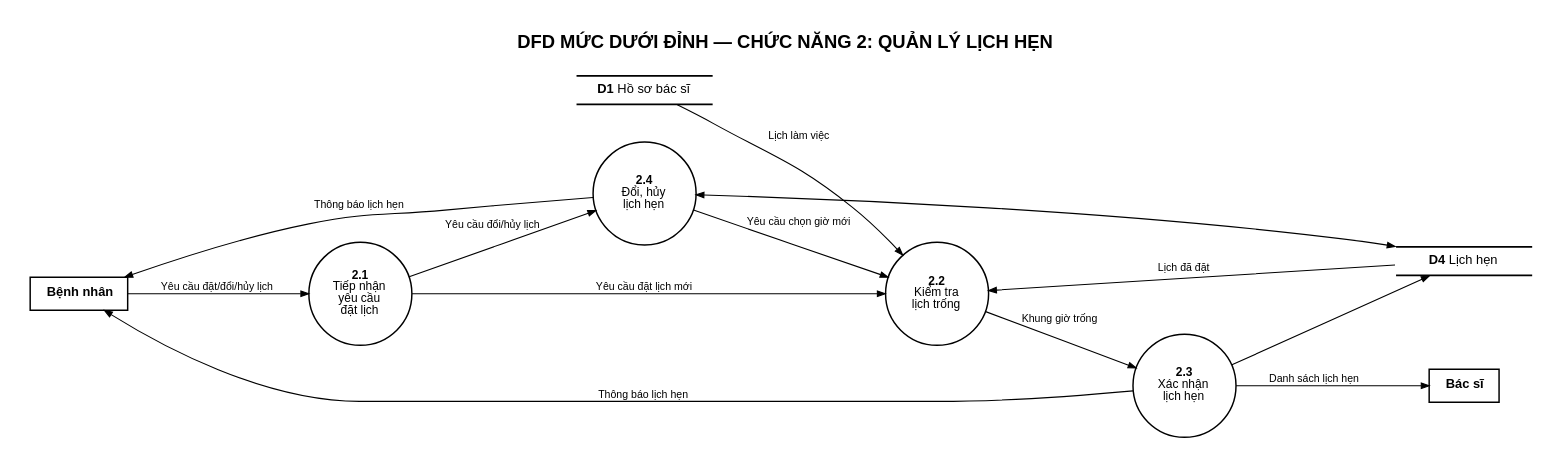
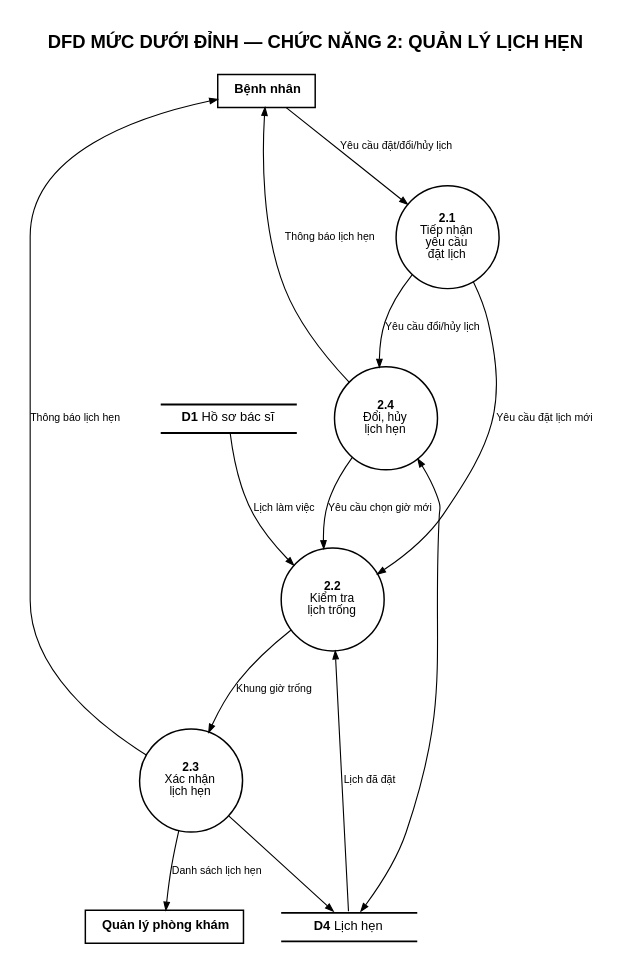
The diagram in nguon/05-DFD-muc-2-chuc-nang-2-quan-ly-lich-hen.gv (DamDucThinh/quan-ly-phong-kham), drawn with Graphviz before and after one commit. The commit also changed 147 other files, not shown here.

```diff
--- a/nguon/05-DFD-muc-2-chuc-nang-2-quan-ly-lich-hen.gv
+++ b/nguon/05-DFD-muc-2-chuc-nang-2-quan-ly-lich-hen.gv
@@ -1,25 +1,25 @@
 digraph G {
-  graph [fontname="Arial", bgcolor="white", pad=0.35, labelloc=t, fontsize=20, label=<<B>DFD MỨC DƯỚI ĐỈNH — CHỨC NĂNG 2: QUẢN LÝ LỊCH HẸN</B><BR/> >, rankdir=LR, nodesep=0.55, ranksep=1.0];
+  graph [fontname="Arial", bgcolor="white", pad=0.35, labelloc=t, fontsize=20, label=<<B>DFD MỨC DƯỚI ĐỈNH — CHỨC NĂNG 2: QUẢN LÝ LỊCH HẸN</B><BR/> >, rankdir=TB, nodesep=0.55, ranksep=1.0];
   node [fontname="Arial", color="black"];
   edge [fontname="Arial", fontsize=11.5, arrowsize=0.85, penwidth=1.2];
   BN [shape=box, style="filled,bold", fillcolor="#ffffff", penwidth=1.6, margin="0.25,0.14", fontsize=14, label=<<B>Bệnh nhân</B>>];
-  BS [shape=box, style="filled,bold", fillcolor="#ffffff", penwidth=1.6, margin="0.25,0.14", fontsize=14, label=<<B>Bác sĩ</B>>];
+  QL [shape=box, style="filled,bold", fillcolor="#ffffff", penwidth=1.6, margin="0.25,0.14", fontsize=14, label=<<B>Quản lý phòng khám</B>>];
   P21 [shape=circle, fixedsize=true, width=1.55, penwidth=1.6, fontsize=13, label=<<B>2.1</B><BR/>Tiếp nhận<BR/>yêu cầu<BR/>đặt lịch>];
   P22 [shape=circle, fixedsize=true, width=1.55, penwidth=1.6, fontsize=13, label=<<B>2.2</B><BR/>Kiểm tra<BR/>lịch trống>];
   P23 [shape=circle, fixedsize=true, width=1.55, penwidth=1.6, fontsize=13, label=<<B>2.3</B><BR/>Xác nhận<BR/>lịch hẹn>];
   P24 [shape=circle, fixedsize=true, width=1.55, penwidth=1.6, fontsize=13, label=<<B>2.4</B><BR/>Đổi, hủy<BR/>lịch hẹn>];
   D1 [shape=plain, label=<<TABLE BORDER="0" CELLBORDER="1" CELLSPACING="0" CELLPADDING="7"><TR><TD SIDES="TB" BORDER="2" WIDTH="150"><B>D1</B>  Hồ sơ bác sĩ</TD></TR></TABLE>>];
   D4 [shape=plain, label=<<TABLE BORDER="0" CELLBORDER="1" CELLSPACING="0" CELLPADDING="7"><TR><TD SIDES="TB" BORDER="2" WIDTH="150"><B>D4</B>  Lịch hẹn</TD></TR></TABLE>>];
   BN -> P21 [label=<Yêu cầu đặt/đổi/hủy lịch>];
   P21 -> P22 [label=<Yêu cầu đặt lịch mới>];
   P21 -> P24 [label=<Yêu cầu đổi/hủy lịch>];
   D1 -> P22 [label=<Lịch làm việc>];
   D4 -> P22 [label=<Lịch đã đặt>];
   P22 -> P23 [label=<Khung giờ trống>];
   P23 -> D4 [];
   P23 -> BN [label=<Thông báo lịch hẹn>];
-  P23 -> BS [label=<Danh sách lịch hẹn>];
+  P23 -> QL [label=<Danh sách lịch hẹn>];
   P24 -> D4 [dir=both];
   P24 -> P22 [label=<Yêu cầu chọn giờ mới>];
   P24 -> BN [label=<Thông báo lịch hẹn>];
 }
```
